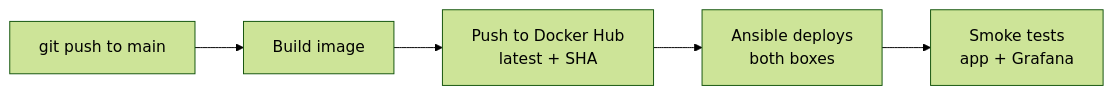
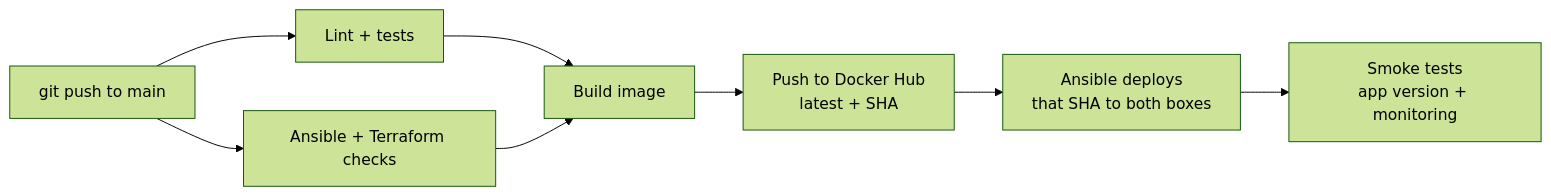
Before and after one commit to Utkarsh-262003/battleroom: the second of 2 diagrams in README.md, drawn with Mermaid (forest theme). The commit also changed other lines of this file and 38 other files, not shown here.

First line of the commit message:
Harden sockets and auth, add tests, outside health checks and safer deploys

````diff
--- a/README.md
+++ b/README.md
@@ -175,7 +213,10 @@
 ```mermaid
 flowchart LR
-    Push[git push to main] --> Build[Build image]
+    Push[git push to main] --> Test[Lint + tests]
+    Push --> Infra[Ansible + Terraform checks]
+    Test --> Build[Build image]
+    Infra --> Build
     Build --> Hub[Push to Docker Hub<br/>latest + SHA]
-    Hub --> Deploy[Ansible deploys<br/>both boxes]
-    Deploy --> Smoke[Smoke tests<br/>app + Grafana]
+    Hub --> Deploy[Ansible deploys<br/>that SHA to both boxes]
+    Deploy --> Smoke[Smoke tests<br/>app version + monitoring]
 ```
````
